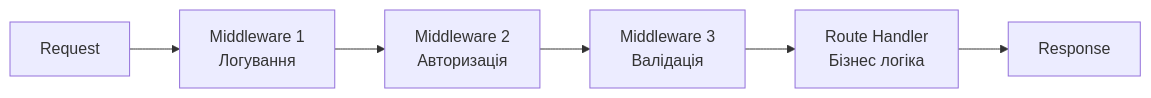
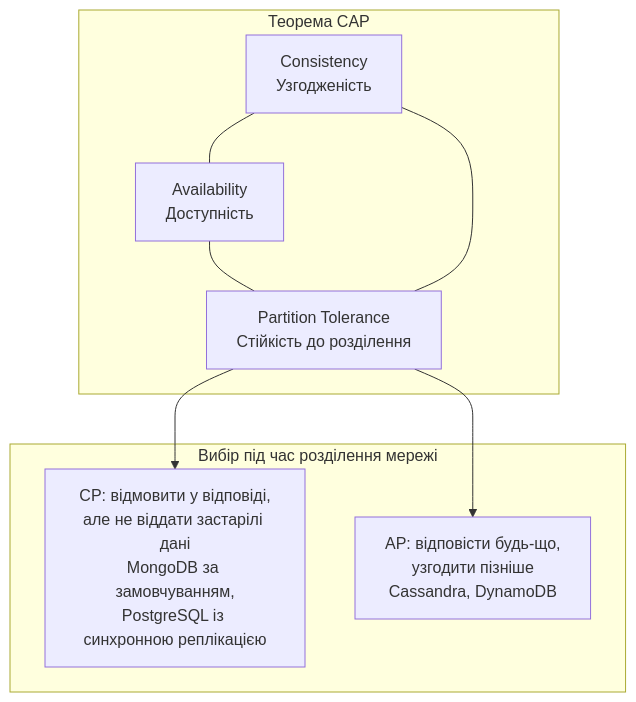
The second of 10 diagrams in presentations/presentation-04.md (olroi421/course-web), drawn with Mermaid before and after one commit. The commit also changed other lines of this file and 10 other files, not shown here.

````diff
--- a/presentations/presentation-04.md
+++ b/presentations/presentation-04.md
@@ -95,9 +49,20 @@
 ```mermaid
-graph LR
-    A[Request] --> B[Middleware 1<br/>Логування]
-    B --> C[Middleware 2<br/>Авторизація]
-    C --> D[Middleware 3<br/>Валідація]
-    D --> E[Route Handler<br/>Бізнес логіка]
-    E --> F[Response]
+graph TB
+    subgraph "Теорема CAP"
+        C[Consistency<br/>Узгодженість]
+        A[Availability<br/>Доступність]
+        P[Partition Tolerance<br/>Стійкість до розділення]
 
+        C --- A
+        A --- P
+        P --- C
+    end
+
+    subgraph "Вибір під час розділення мережі"
+        CP[CP: відмовити у відповіді,<br/>але не віддати застарілі дані<br/>MongoDB за замовчуванням,<br/>PostgreSQL із синхронною реплікацією]
+        AP[AP: відповісти будь-що,<br/>узгодити пізніше<br/>Cassandra, DynamoDB]
+    end
+
+    P --> CP
+    P --> AP
 ```
````
